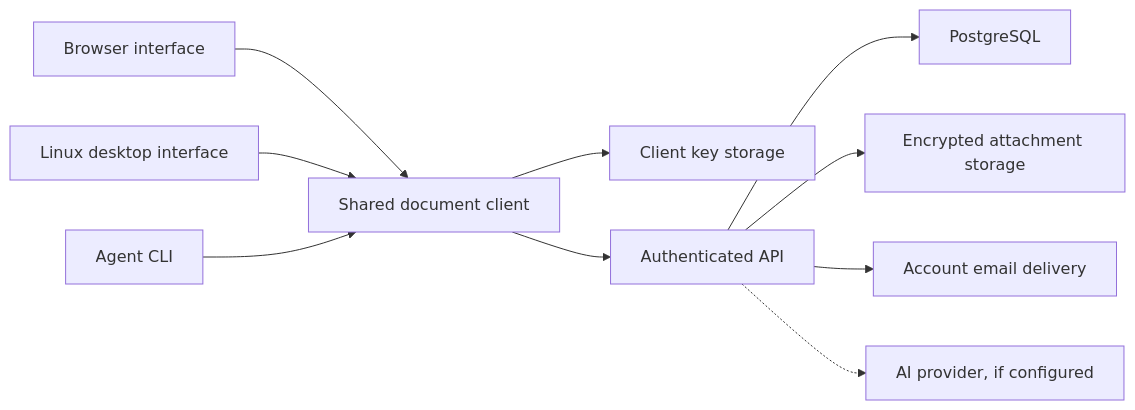
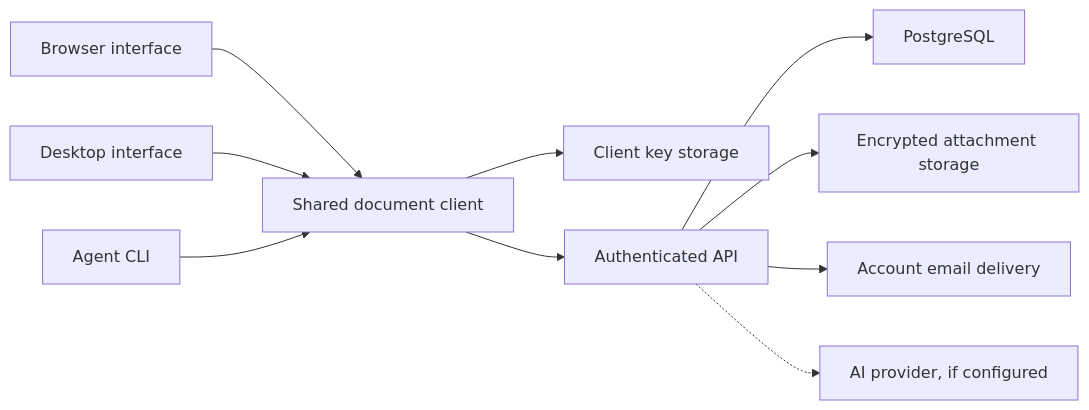
One commit to skint007/wikistow changed the diagram in wikistow.md. Above: the diagram before and after it, drawn with Mermaid. The commit also changed 2 other files, not shown here.

Commit message:
Bring the spec's update notice and diagram up to date for Windows
The rail's notice also covers a Windows install, whose link is the
installer, and the architecture diagram no longer says the desktop
interface is Linux only. The Mac's install-source is left for the macOS
work to document.

````diff
--- a/wikistow.md
+++ b/wikistow.md
@@ -35,12 +35,12 @@
 ```mermaid
 flowchart LR
     W[Browser interface] --> C[Shared document client]
-    D[Linux desktop interface] --> C
+    D[Desktop interface] --> C
     A[Agent CLI] --> C
     C --> K[Client key storage]
     C --> S[Authenticated API]
     S --> P[PostgreSQL]
     S --> B[Encrypted attachment storage]
     S --> M[Account email delivery]
     S -.-> AI[AI provider, if configured]
 ```
````
